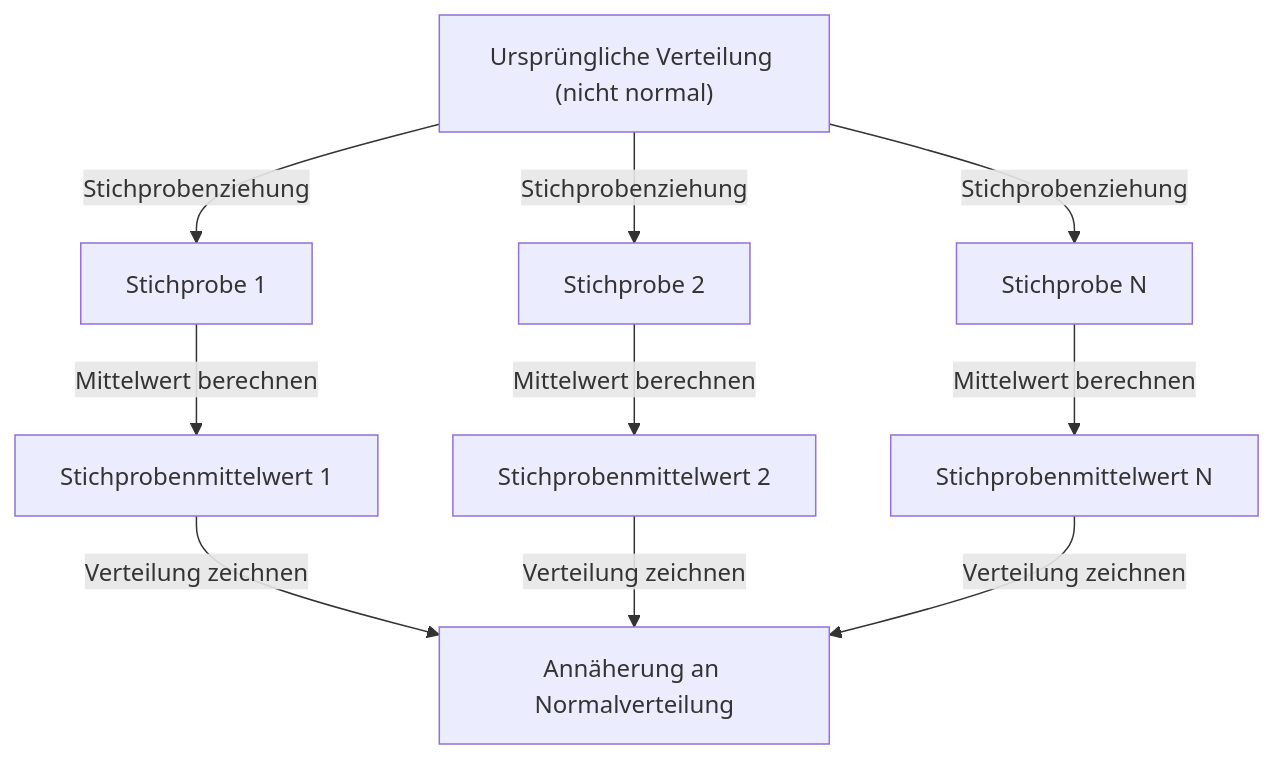
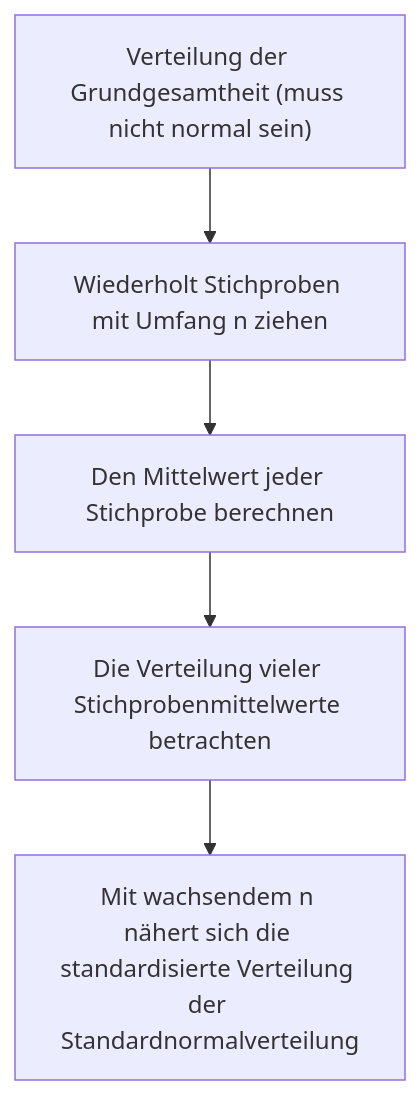
Before and after one commit to kenjinote/blog: the diagram in content/post/central-limit-theorem/index.de.md, drawn with Mermaid. The commit also changed other lines of this file and 15 other files, not shown here.

````diff
--- a/content/post/central-limit-theorem/index.de.md
+++ b/content/post/central-limit-theorem/index.de.md
@@ -44,12 +44,7 @@
 ```mermaid
 graph TD
-    A["Ursprüngliche Verteilung (nicht normal)"] -->|"Stichprobenziehung"| B["Stichprobe 1"]
-    A -->|"Stichprobenziehung"| C["Stichprobe 2"]
-    A -->|"Stichprobenziehung"| D["Stichprobe N"]
-    B -->|"Mittelwert berechnen"| E["Stichprobenmittelwert 1"]
-    C -->|"Mittelwert berechnen"| F["Stichprobenmittelwert 2"]
-    D -->|"Mittelwert berechnen"| G["Stichprobenmittelwert N"]
-    E -->|"Verteilung zeichnen"| H["Annäherung an Normalverteilung"]
-    F -->|"Verteilung zeichnen"| H
-    G -->|"Verteilung zeichnen"| H
+    A["Verteilung der Grundgesamtheit (muss nicht normal sein)"] --> B["Wiederholt Stichproben mit Umfang n ziehen"]
+    B --> C["Den Mittelwert jeder Stichprobe berechnen"]
+    C --> D["Die Verteilung vieler Stichprobenmittelwerte betrachten"]
+    D --> E["Mit wachsendem n nähert sich die standardisierte Verteilung der Standardnormalverteilung"]
 ```
````
